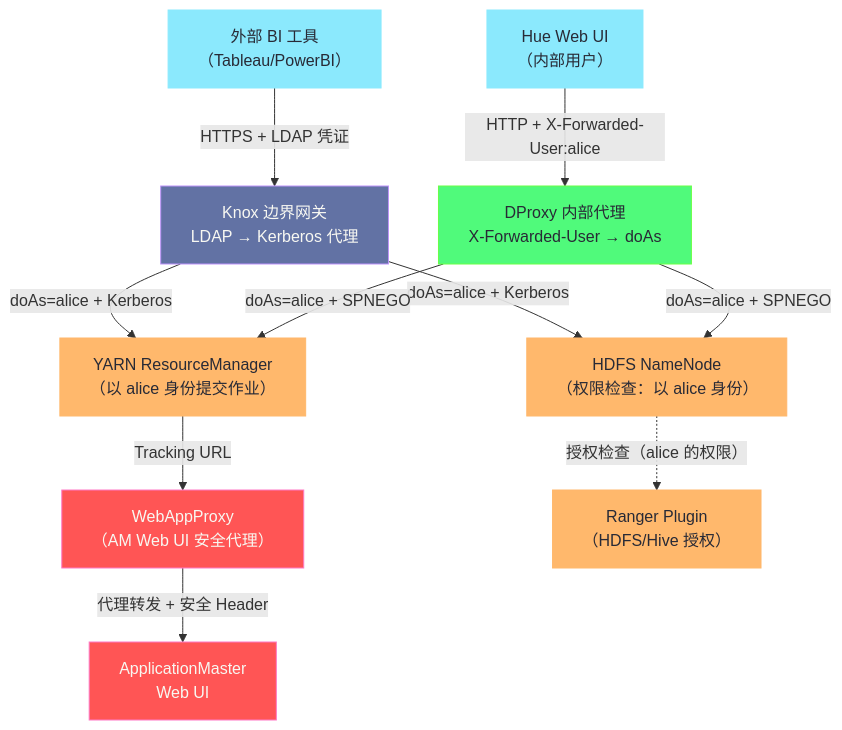
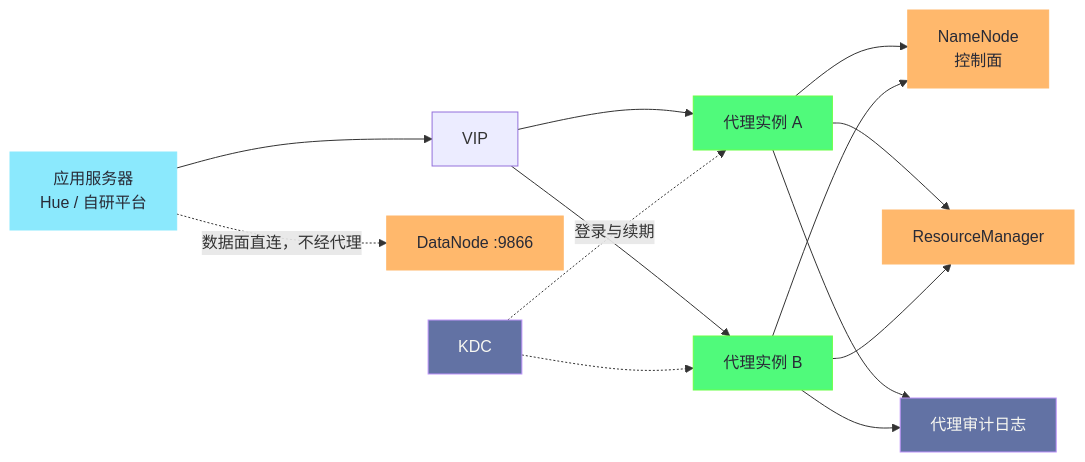
The fourth of 5 diagrams in content/大数据/安全与认证/06 DProxy 透明代理原理与生产实践.md (hpliStartAgain/my-brain), drawn with Mermaid before and after one commit. The commit also changed other lines of this file and 455 other files, not shown here.

````diff
--- a/content/大数据/安全与认证/06 DProxy 透明代理原理与生产实践.md
+++ b/content/大数据/安全与认证/06 DProxy 透明代理原理与生产实践.md
@@ -520,29 +343,21 @@
 ```mermaid
 %%{init: {'theme': 'dracula'}}%%
-graph TD
-    classDef external fill:#8be9fd,stroke:#8be9fd,color:#282a36
-    classDef boundary fill:#6272a4,stroke:#bd93f9,color:#f8f8f2
-    classDef internal fill:#50fa7b,stroke:#69ff47,color:#282a36
-    classDef hadoop fill:#ffb86c,stroke:#ffb86c,color:#282a36
-    classDef yarn fill:#ff5555,stroke:#ff79c6,color:#f8f8f2
+graph LR
+    classDef app fill:#8be9fd,stroke:#8be9fd,color:#282a36
+    classDef proxy fill:#50fa7b,stroke:#69ff47,color:#282a36
+    classDef backend fill:#ffb86c,stroke:#ffb86c,color:#282a36
+    classDef ctrl fill:#6272a4,stroke:#bd93f9,color:#f8f8f2
 
-    A["外部 BI 工具</br>（Tableau/PowerBI）"]:::external
-    B["Knox 边界网关</br>LDAP → Kerberos 代理"]:::boundary
-    C["Hue Web UI</br>（内部用户）"]:::external
-    D["DProxy 内部代理</br>X-Forwarded-User → doAs"]:::internal
-    E["HDFS NameNode</br>（权限检查：以 alice 身份）"]:::hadoop
-    F["YARN ResourceManager</br>（以 alice 身份提交作业）"]:::hadoop
-    G["WebAppProxy</br>（AM Web UI 安全代理）"]:::yarn
-    H["ApplicationMaster</br>Web UI"]:::yarn
-    I["Ranger Plugin</br>（HDFS/Hive 授权）"]:::hadoop
-
-    A -->|"HTTPS + LDAP 凭证"| B
-    B -->|"doAs=alice + Kerberos"| E
-    B -->|"doAs=alice + Kerberos"| F
-    C -->|"HTTP + X-Forwarded-User:alice"| D
-    D -->|"doAs=alice + SPNEGO"| E
-    D -->|"doAs=alice + SPNEGO"| F
-    F -->|"Tracking URL"| G
-    G -->|"代理转发 + 安全 Header"| H
-    E -.->|"授权检查（alice 的权限）"| I
+    A["应用服务器<br/>Hue / 自研平台"]:::app --> V["VIP"]
+    V --> P1["代理实例 A"]:::proxy
+    V --> P2["代理实例 B"]:::proxy
+    P1 --> N["NameNode<br/>控制面"]:::backend
+    P2 --> N
+    P1 --> R["ResourceManager"]:::backend
+    P2 --> R
+    A -.->|"数据面直连，不经代理"| D["DataNode :9866"]:::backend
+    K["KDC"]:::ctrl -.->|"登录与续期"| P1
+    K -.-> P2
+    P1 --> L["代理审计日志"]:::ctrl
+    P2 --> L
 ```
````
